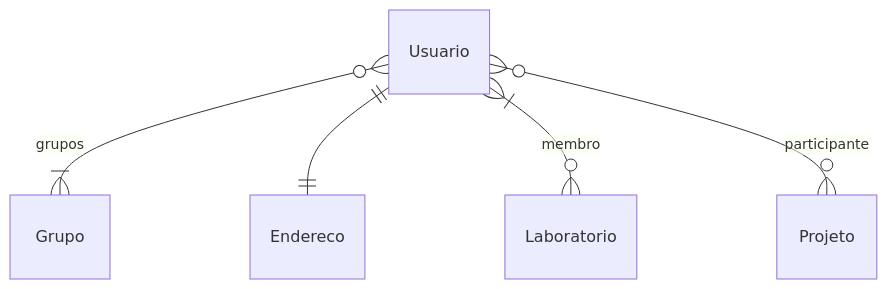
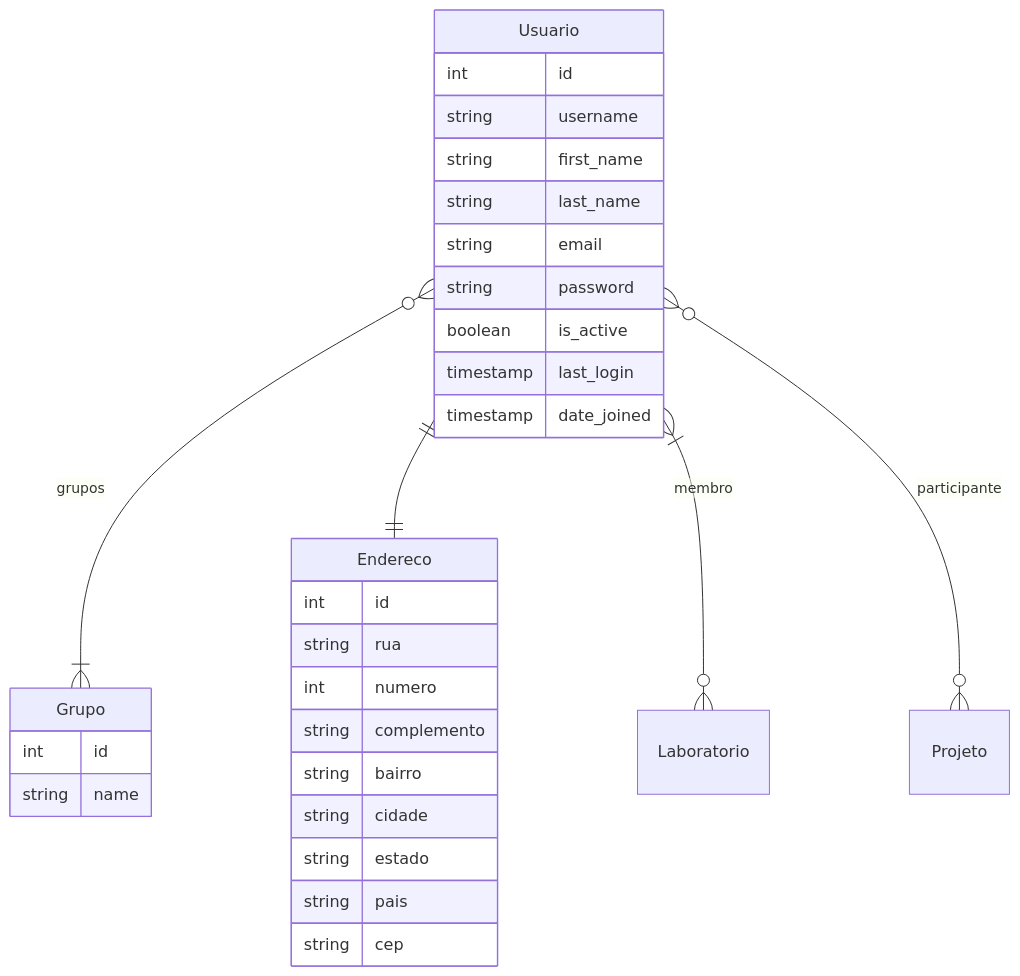
One commit to tacianosilva/eng-software-2 changed the diagram in docs/doc-apf.md. Above: the diagram before and after it, drawn with Mermaid.

Commit message:
docs: add atributos no modelo ER

````diff
--- a/docs/doc-apf.md
+++ b/docs/doc-apf.md
@@ -20,7 +20,33 @@
 ```mermaid
 erDiagram
+    Grupo {
+        int id
+        string name
+    }
+    Usuario {
+        int id
+        string username
+        string first_name
+        string last_name
+        string email
+        string password
+        boolean is_active
+        timestamp last_login
+        timestamp date_joined
+    }
+    Endereco {
+        int id
+        string rua
+        int numero
+        string complemento
+        string bairro
+        string cidade
+        string estado
+        string pais
+        string cep
+    }
     Usuario }o--|{ Grupo : grupos
     Usuario ||--|| Endereco : ""
     Usuario }|--o{ Laboratorio : membro
     Usuario }o--o{ Projeto : participante
 ```
````
